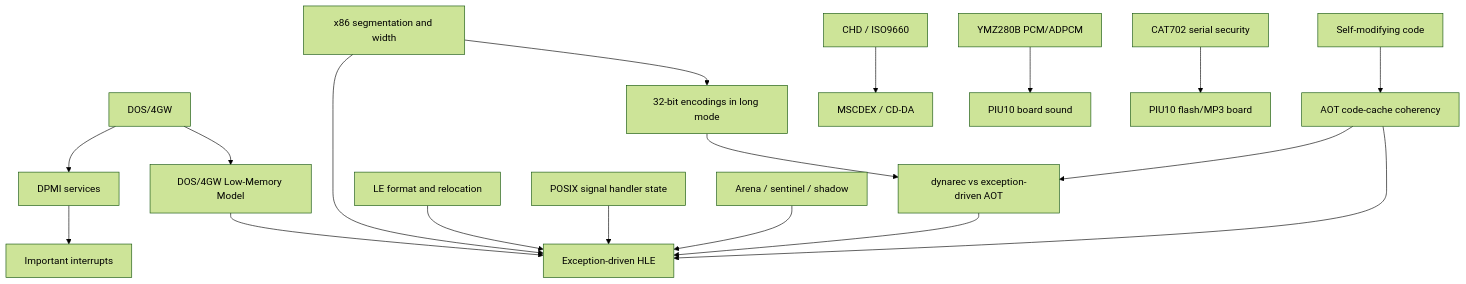
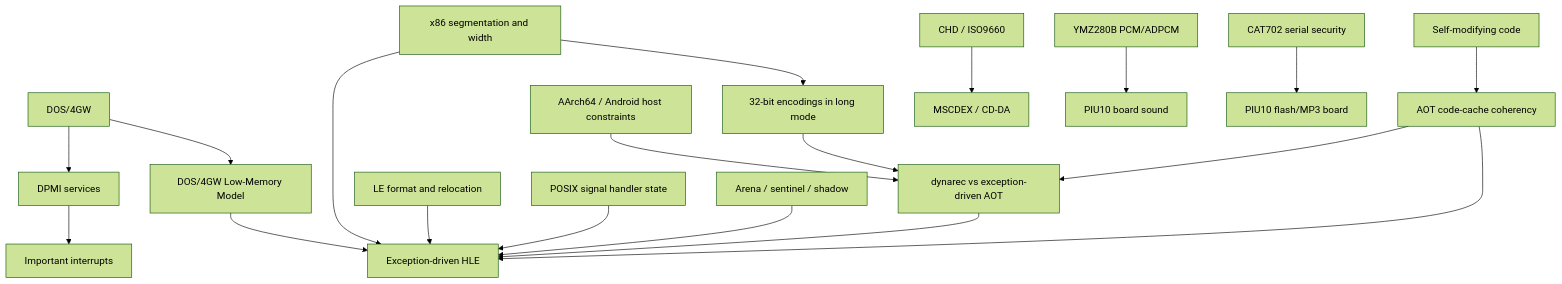
One commit to nworkers/rePIU changed the diagram in docs/kb/README.md. Above: the diagram before and after it, drawn with Mermaid (forest theme). The commit also changed other lines of this file and 7 other files, not shown here.

First line of the commit message:
Prepare the Android arm64 port: measure the aarch64 cross build and design Stage 0

````diff
--- a/docs/kb/README.md
+++ b/docs/kb/README.md
@@ -7,20 +7,21 @@
 ```mermaid
 flowchart TD
     DOS["DOS/4GW"] --> DPMI["DPMI services"]
     DOS --> LOWMEM["DOS/4GW Low-Memory Model"]
     DPMI --> INT["Important interrupts"]
     CPU["x86 segmentation and width"] --> HLE["Exception-driven HLE"]
     CPU --> LONG["32-bit encodings in long mode"]
     LONG --> DYNAREC
+    ARM["AArch64 / Android host constraints"] --> DYNAREC
     LE["LE format and relocation"] --> HLE
     SIG["POSIX signal handler state"] --> HLE
     LOWMEM --> HLE
     TERMS["Arena / sentinel / shadow"] --> HLE
     SMC["Self-modifying code"] --> CACHE["AOT code-cache coherency"]
     CACHE --> DYNAREC["dynarec vs exception-driven AOT"]
     DYNAREC --> HLE
     CACHE --> HLE
     CHD["CHD / ISO9660"] --> MSCDEX["MSCDEX / CD-DA"]
     YMZ["YMZ280B PCM/ADPCM"] --> SOUND["PIU10 board sound"]
     CAT["CAT702 serial security"] --> PIU10["PIU10 flash/MP3 board"]
 ```
````
